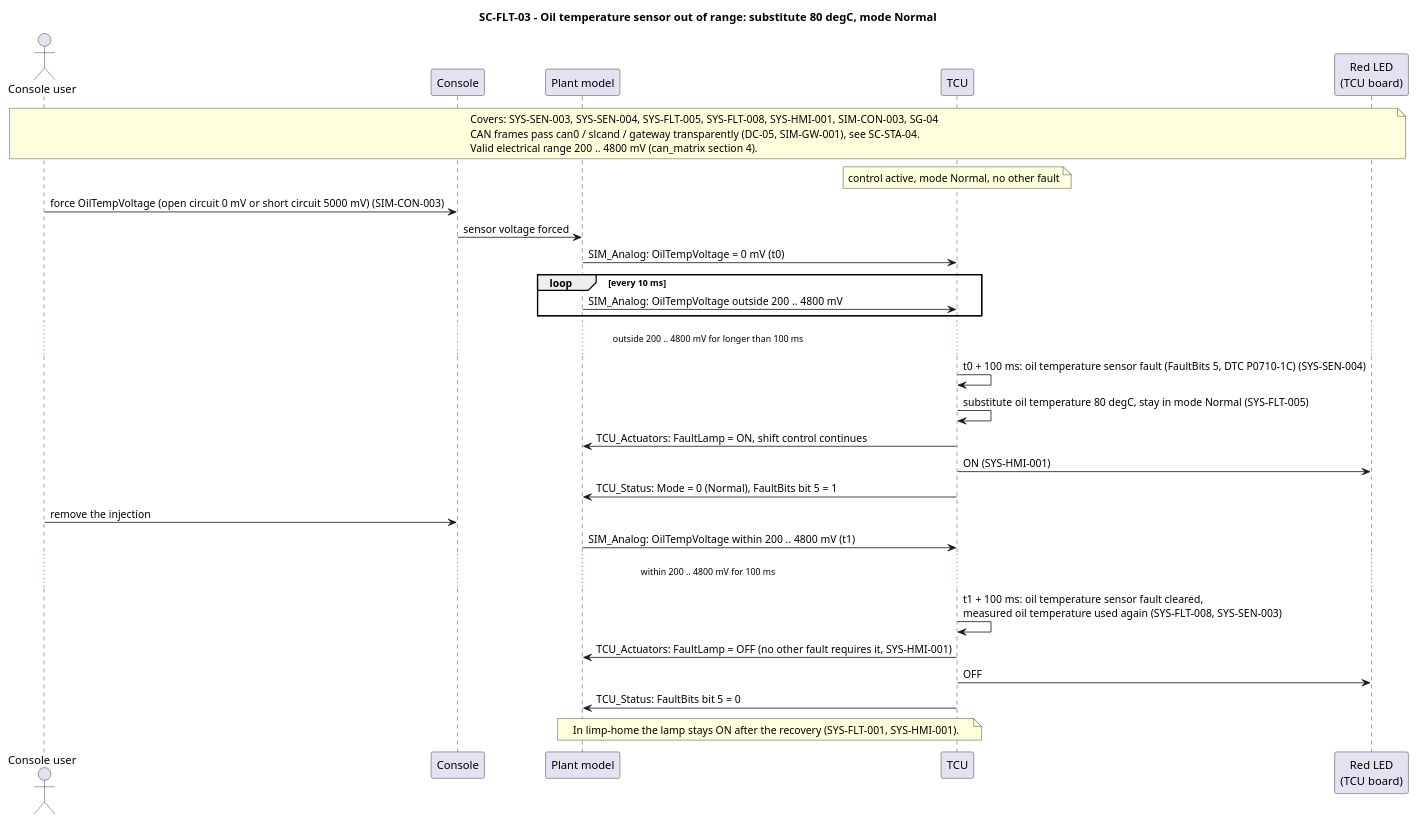
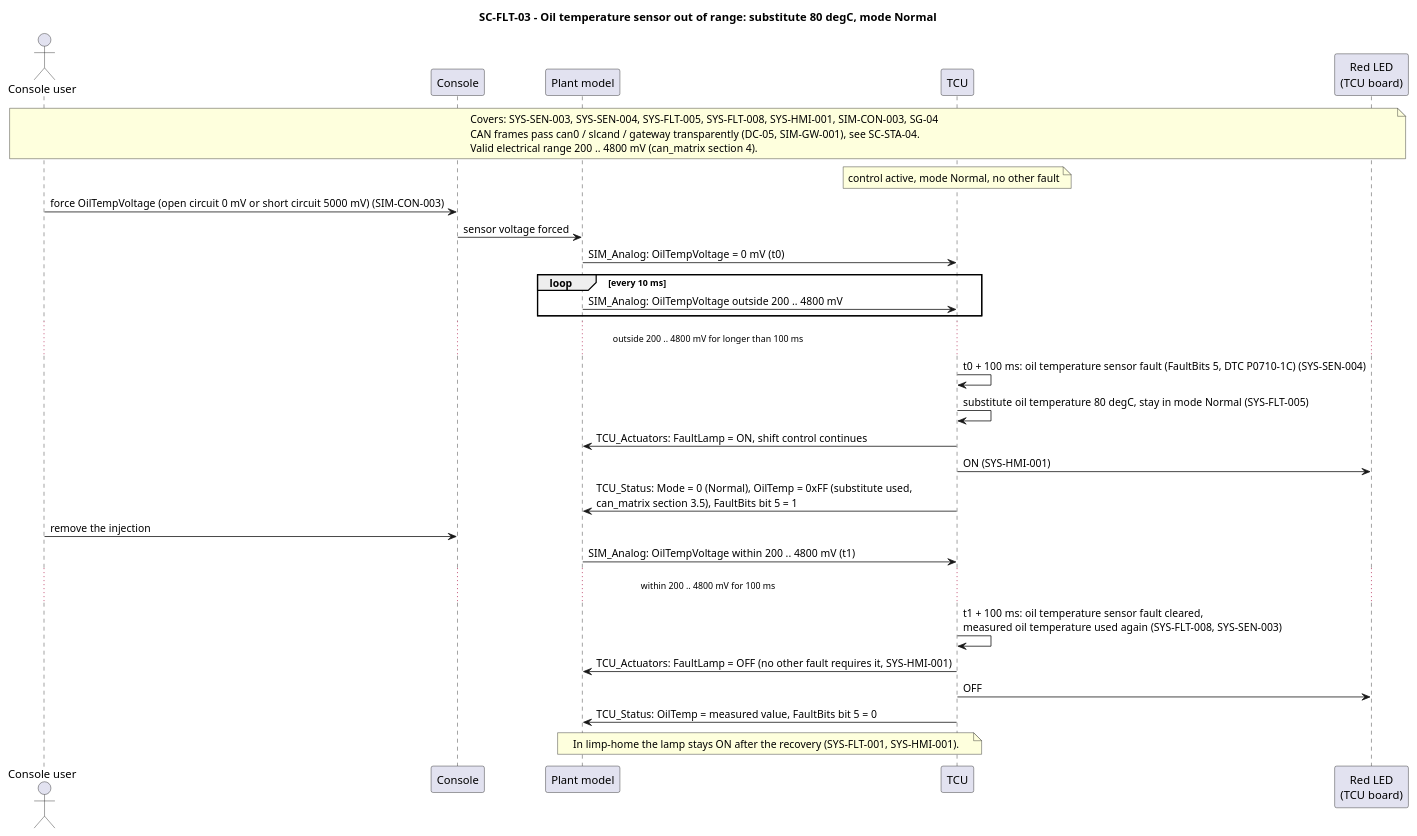
The diagram in docs/architecture/system/diagrams/seq_flt_oil_temp_sensor.puml (cavoidcodon/xAT), drawn with PlantUML before and after one commit. The commit also changed 16 other files, not shown here.

```diff
--- a/docs/architecture/system/diagrams/seq_flt_oil_temp_sensor.puml
+++ b/docs/architecture/system/diagrams/seq_flt_oil_temp_sensor.puml
@@ -1,39 +1,39 @@
 @startuml seq_flt_oil_temp_sensor
 title SC-FLT-03 - Oil temperature sensor out of range: substitute 80 degC, mode Normal
 
 actor "Console user" as User
 participant "Console" as Console
 participant "Plant model" as Plant
 participant "TCU" as TCU
 participant "Red LED\n(TCU board)" as LED
 
 note over User, LED
 Covers: SYS-SEN-003, SYS-SEN-004, SYS-FLT-005, SYS-FLT-008, SYS-HMI-001, SIM-CON-003, SG-04
 CAN frames pass can0 / slcand / gateway transparently (DC-05, SIM-GW-001), see SC-STA-04.
 Valid electrical range 200 .. 4800 mV (can_matrix section 4).
 end note
 
 note over TCU: control active, mode Normal, no other fault
 User -> Console : force OilTempVoltage (open circuit 0 mV or short circuit 5000 mV) (SIM-CON-003)
 Console -> Plant : sensor voltage forced
 Plant -> TCU : SIM_Analog: OilTempVoltage = 0 mV (t0)
 loop every 10 ms
   Plant -> TCU : SIM_Analog: OilTempVoltage outside 200 .. 4800 mV
 end
 ... outside 200 .. 4800 mV for longer than 100 ms ...
 TCU -> TCU : t0 + 100 ms: oil temperature sensor fault (FaultBits 5, DTC P0710-1C) (SYS-SEN-004)
 TCU -> TCU : substitute oil temperature 80 degC, stay in mode Normal (SYS-FLT-005)
 TCU -> Plant : TCU_Actuators: FaultLamp = ON, shift control continues
 TCU -> LED : ON (SYS-HMI-001)
-TCU -> Plant : TCU_Status: Mode = 0 (Normal), FaultBits bit 5 = 1
+TCU -> Plant : TCU_Status: Mode = 0 (Normal), OilTemp = 0xFF (substitute used,\ncan_matrix section 3.5), FaultBits bit 5 = 1
 
 User -> Console : remove the injection
 Plant -> TCU : SIM_Analog: OilTempVoltage within 200 .. 4800 mV (t1)
 ... within 200 .. 4800 mV for 100 ms ...
 TCU -> TCU : t1 + 100 ms: oil temperature sensor fault cleared,\nmeasured oil temperature used again (SYS-FLT-008, SYS-SEN-003)
 TCU -> Plant : TCU_Actuators: FaultLamp = OFF (no other fault requires it, SYS-HMI-001)
 TCU -> LED : OFF
-TCU -> Plant : TCU_Status: FaultBits bit 5 = 0
+TCU -> Plant : TCU_Status: OilTemp = measured value, FaultBits bit 5 = 0
 
 note over Plant, TCU: In limp-home the lamp stays ON after the recovery (SYS-FLT-001, SYS-HMI-001).
 @enduml
```
